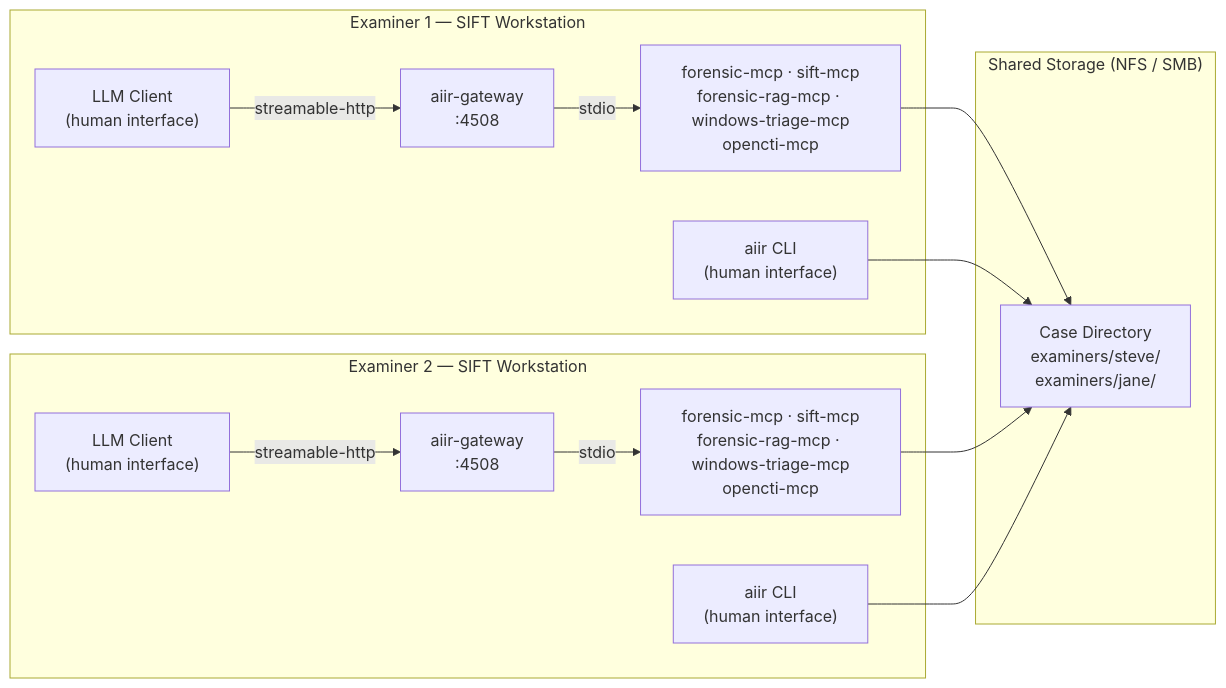
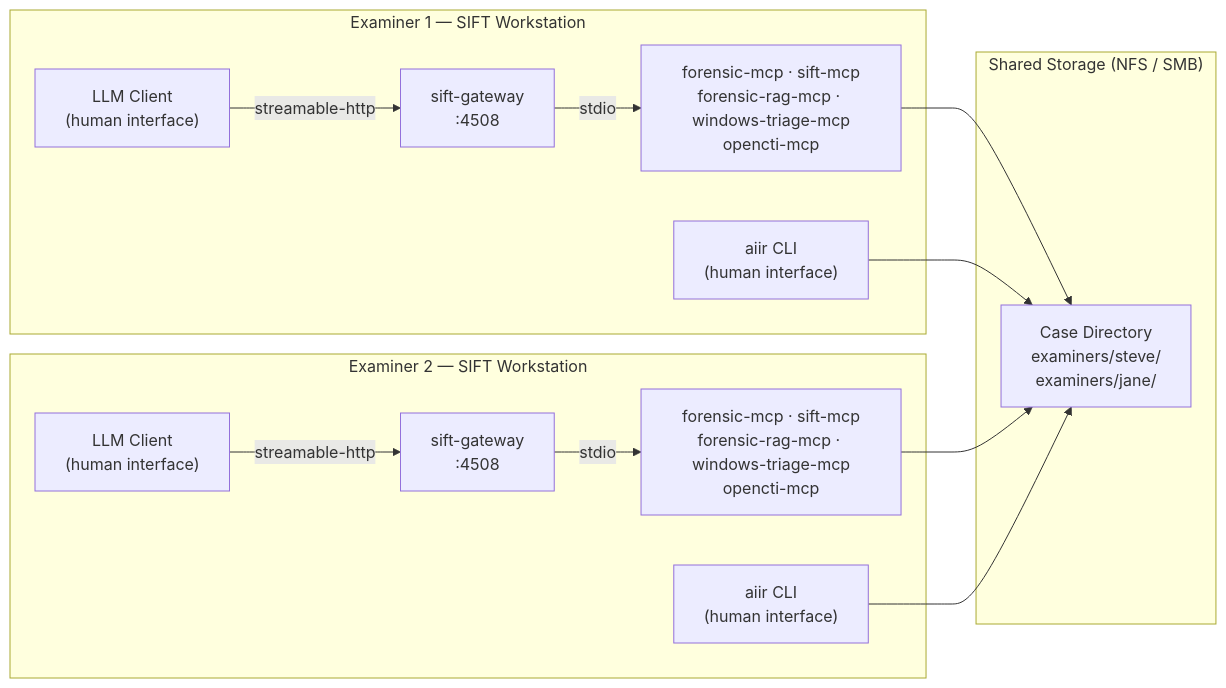
Before and after one commit to AppliedIR/aiir: the sixth of 6 diagrams in README.md, drawn with Mermaid. The commit also changed other lines of this file, not shown here.

Commit message:
update quick start, repo map, and gateway name for 3-repo structure

````diff
--- a/README.md
+++ b/README.md
@@ -212,31 +212,31 @@
 ```mermaid
 graph LR
     subgraph e1 ["Examiner 1 — SIFT Workstation"]
         CC1["LLM Client<br/>(human interface)"]
         CLI1["aiir CLI<br/>(human interface)"]
-        GW1["aiir-gateway<br/>:4508"]
+        GW1["sift-gateway<br/>:4508"]
         MCPs1["forensic-mcp · sift-mcp<br/>forensic-rag-mcp · windows-triage-mcp<br/>opencti-mcp"]
 
         CC1 -->|"streamable-http"| GW1
         GW1 -->|stdio| MCPs1
     end
 
     subgraph e2 ["Examiner 2 — SIFT Workstation"]
         CC2["LLM Client<br/>(human interface)"]
         CLI2["aiir CLI<br/>(human interface)"]
-        GW2["aiir-gateway<br/>:4508"]
+        GW2["sift-gateway<br/>:4508"]
         MCPs2["forensic-mcp · sift-mcp<br/>forensic-rag-mcp · windows-triage-mcp<br/>opencti-mcp"]
 
         CC2 -->|"streamable-http"| GW2
         GW2 -->|stdio| MCPs2
     end
 
     subgraph shared ["Shared Storage (NFS / SMB)"]
         CASE["Case Directory<br/>examiners/steve/<br/>examiners/jane/"]
     end
 
     MCPs1 --> CASE
     CLI1 --> CASE
     MCPs2 --> CASE
     CLI2 --> CASE
 ```
````
